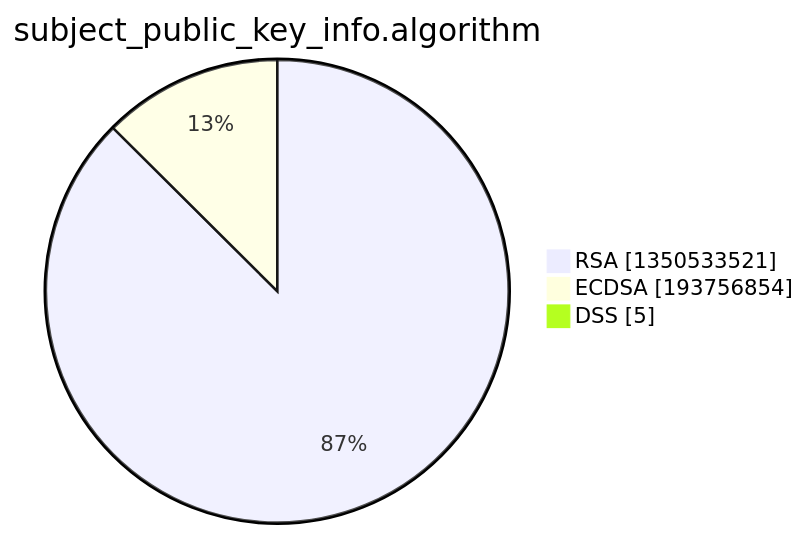
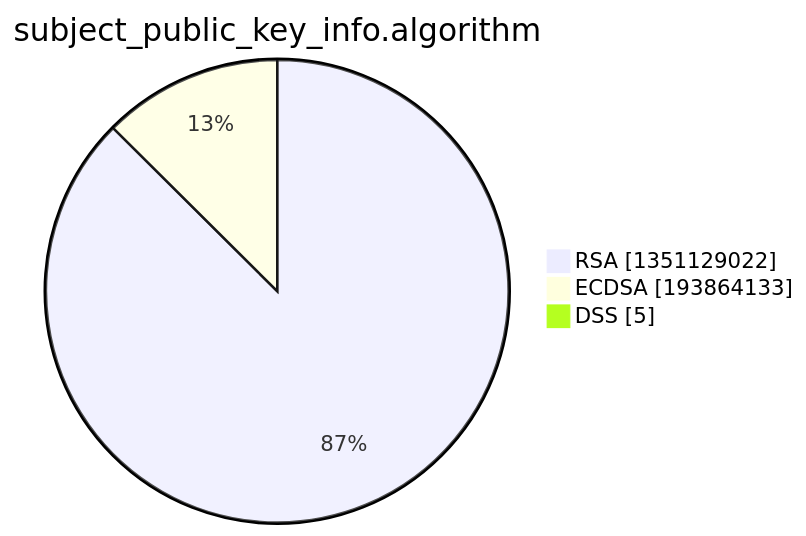
The third of 15 diagrams in xenon2022/README.md (christiankrug/ctmonitor_visualization), drawn with Mermaid before and after one commit. The commit also changed other lines of this file, not shown here.

````diff
--- a/xenon2022/README.md
+++ b/xenon2022/README.md
@@ -14,7 +14,7 @@
 ```mermaid
 pie showData
 title subject_public_key_info.algorithm
-"RSA" :1350533521
-"ECDSA" :193756854
+"RSA" :1351129022
+"ECDSA" :193864133
 "DSS" :5
 ```
````
